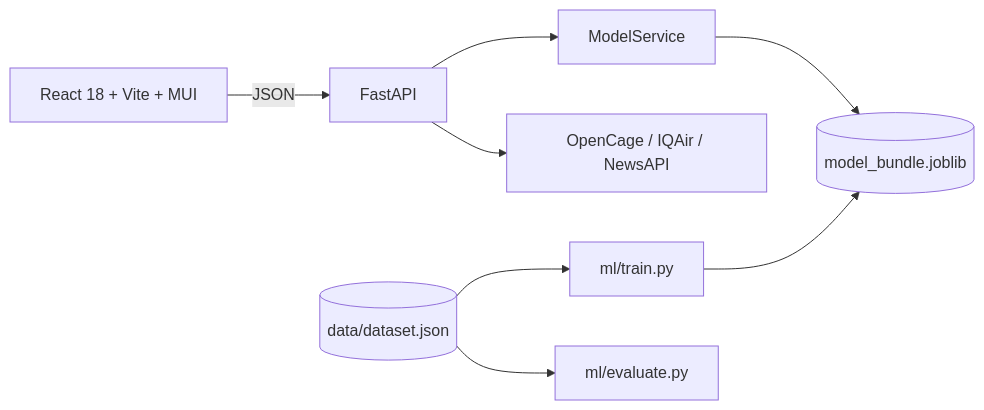
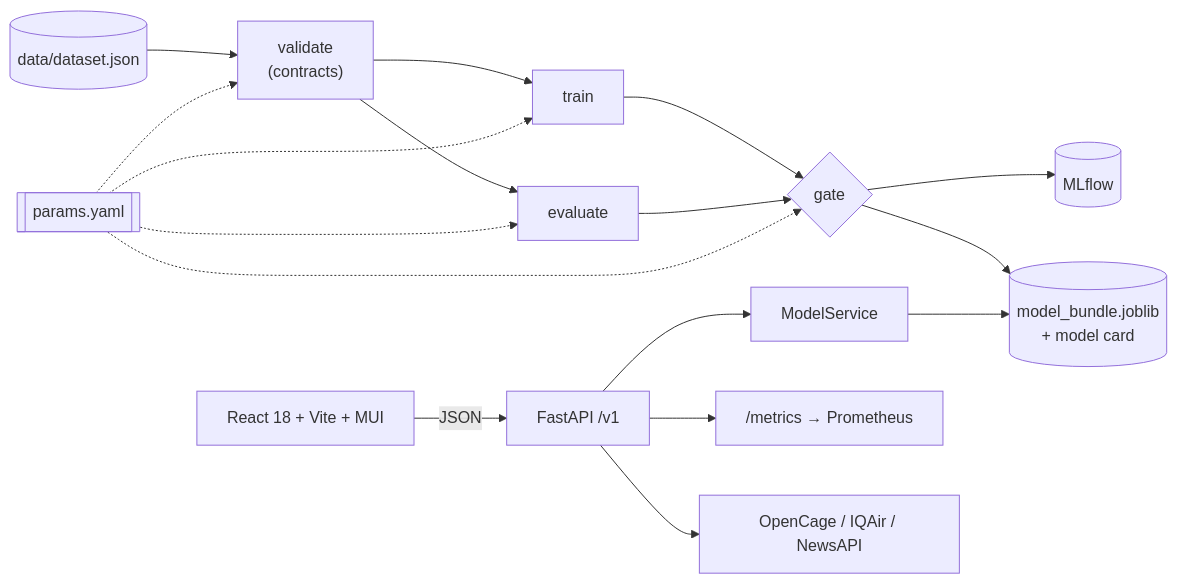
One commit to prattaybanik03/airburden changed the diagram in README.md. Above: the diagram before and after it, drawn with Mermaid. The commit also changed other lines of this file and 6 other files, not shown here.

First line of the commit message:
docs: MLOps design, EXP-001 write-up and model card

````diff
--- a/README.md
+++ b/README.md
@@ -37,8 +43,11 @@
 ```mermaid
 flowchart LR
-    UI["React 18 + Vite + MUI"] -- JSON --> API["FastAPI"]
-    API --> MS["ModelService"] --> B[("model_bundle.joblib")]
+    D[("data/dataset.json")] --> V["validate<br/>(contracts)"] --> T["train"] --> G{"gate"}
+    V --> E["evaluate"] --> G
+    P[["params.yaml"]] -.-> V & T & E & G
+    G --> MLF[("MLflow")] & B[("model_bundle.joblib<br/>+ model card")]
+    UI["React 18 + Vite + MUI"] -- JSON --> API["FastAPI /v1"]
+    API --> MS["ModelService"] --> B
+    API --> M["/metrics → Prometheus"]
     API --> EXT["OpenCage / IQAir / NewsAPI"]
-    D[("data/dataset.json")] --> T["ml/train.py"] --> B
-    D --> E["ml/evaluate.py"]
 ```
````
